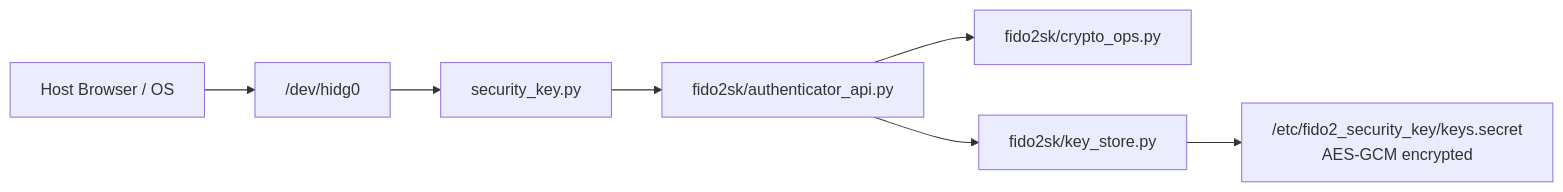
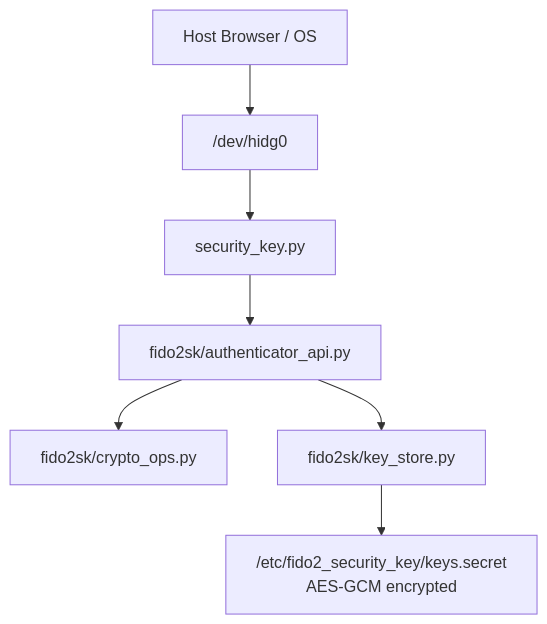
Before and after one commit to emiliodallatorre/cepheus-fido2-raspberrypi: the diagram in README.md, drawn with Mermaid.

Commit message:
fix: Update flowchart direction in README for improved clarity

````diff
--- a/README.md
+++ b/README.md
@@ -38,9 +38,9 @@
 ```mermaid
-flowchart LR
+flowchart TB
     Host["Host Browser / OS"] --> HID["/dev/hidg0"]
     HID --> Main["security_key.py"]
     Main --> API["fido2sk/authenticator_api.py"]
     API --> Crypto["fido2sk/crypto_ops.py"]
     API --> Store["fido2sk/key_store.py"]
     Store --> File["/etc/fido2_security_key/keys.secret\nAES-GCM encrypted"]
 ```
````
